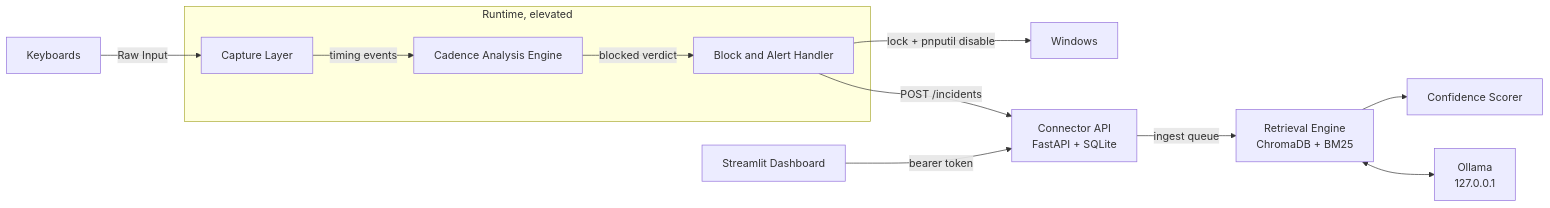
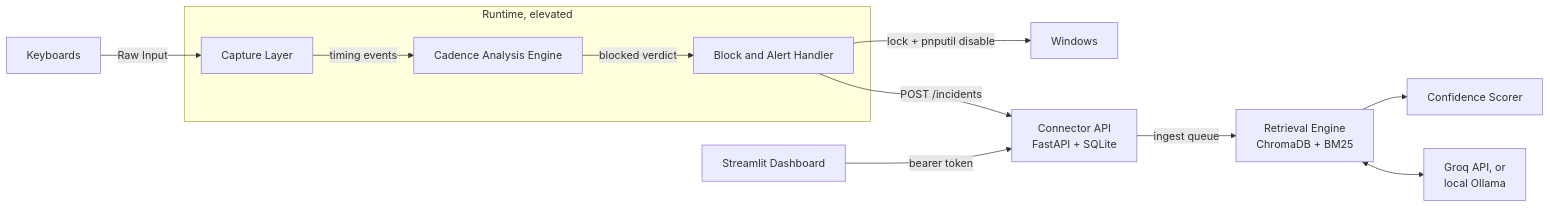
One commit to PR0XCITY/Continuum changed the diagram in README.md. Above: the diagram before and after it, drawn with Mermaid. The commit also changed other lines of this file and 20 other files, not shown here.

Commit message:
Add Groq as the default IncidentRAG LLM, with Ollama still supported

````diff
--- a/README.md
+++ b/README.md
@@ -28,14 +31,14 @@
 ```mermaid
 flowchart LR
     KB[Keyboards] -->|Raw Input| CAP[Capture Layer]
     subgraph RT[Runtime, elevated]
         CAP -->|timing events| CAE[Cadence Analysis Engine]
         CAE -->|blocked verdict| BAH[Block and Alert Handler]
     end
     BAH -->|lock + pnputil disable| WIN[Windows]
     BAH -->|POST /incidents| API[Connector API<br/>FastAPI + SQLite]
     API -->|ingest queue| RAG[Retrieval Engine<br/>ChromaDB + BM25]
     RAG --> CS[Confidence Scorer]
-    RAG <--> LLM[Ollama<br/>127.0.0.1]
+    RAG <--> LLM[Groq API, or<br/>local Ollama]
     DASH[Streamlit Dashboard] -->|bearer token| API
 ```
````
